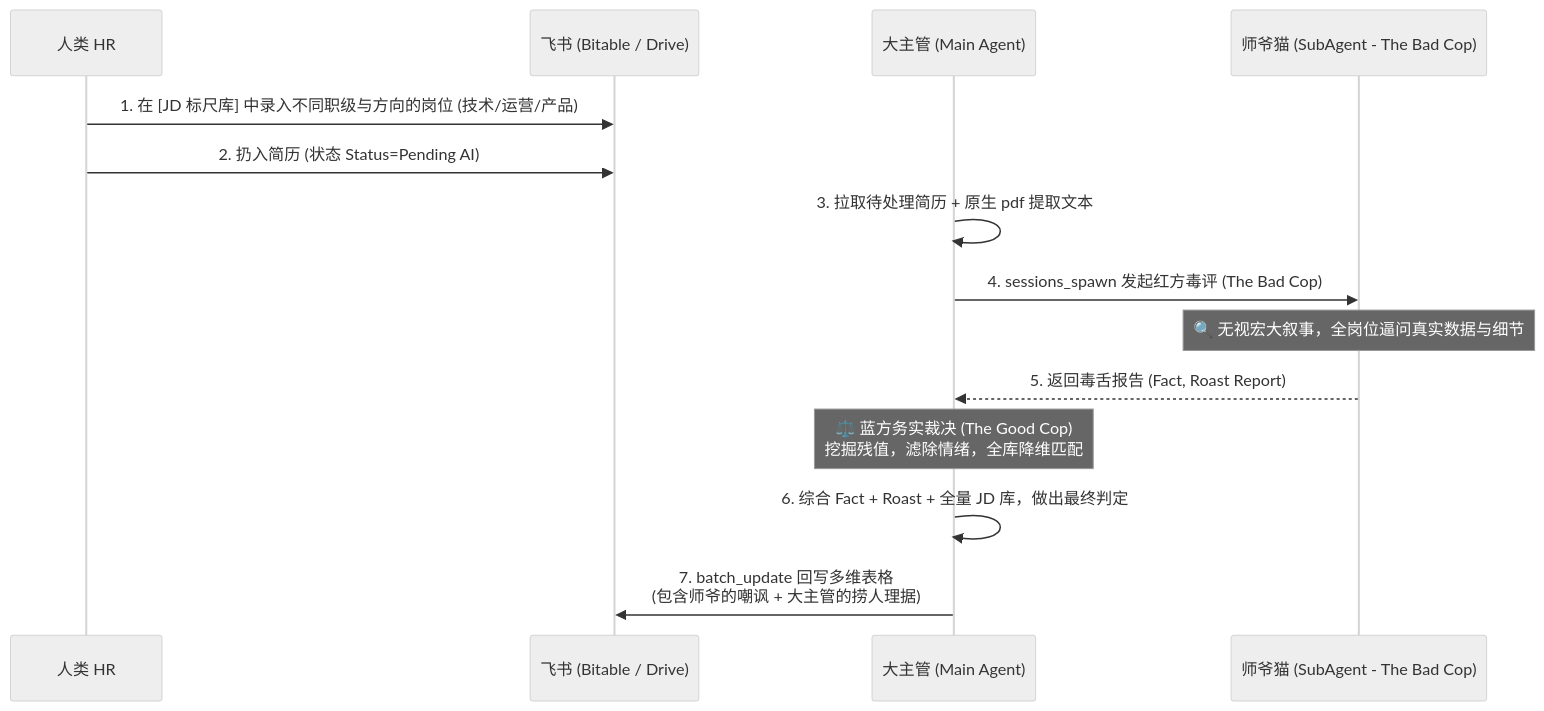
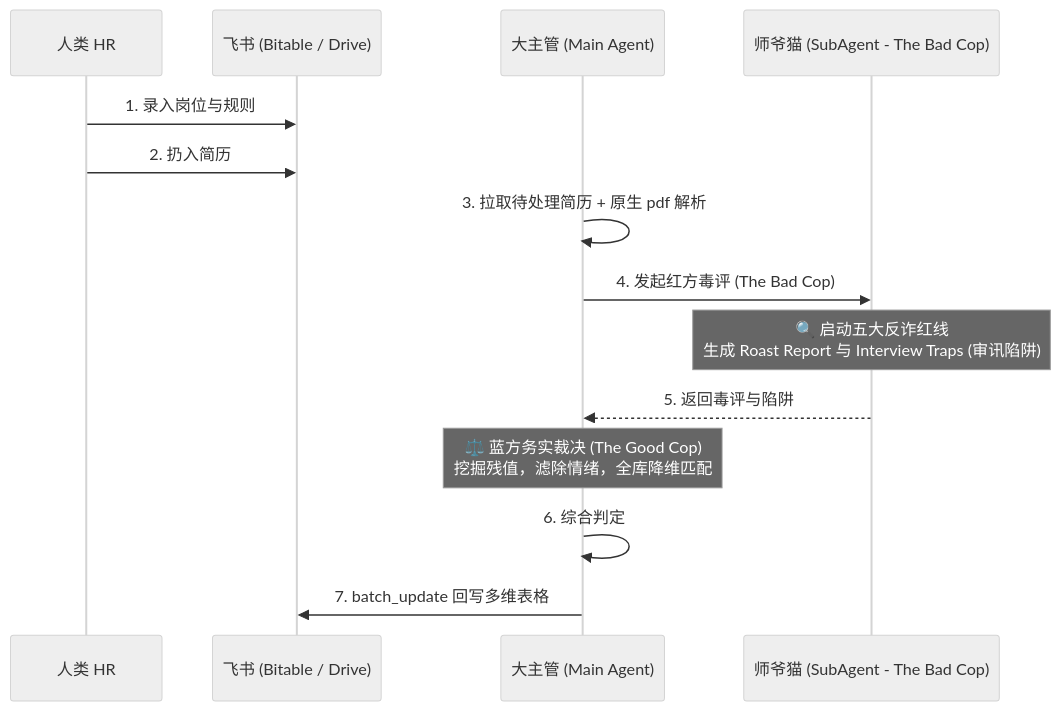
The diagram in feishu-intelligent-recruitment/SKILL.md (RedMogu/skills), drawn with Mermaid (neutral theme) before and after one commit. The commit also changed other lines of this file and 2 other files, not shown here.

Commit message:
feat: upgrade to V3.2 with 5 Anti-Fraud Red Lines and Interview Trap Generator from Advisor Cat

````diff
--- a/feishu-intelligent-recruitment/SKILL.md
+++ b/feishu-intelligent-recruitment/SKILL.md
@@ -78,21 +81,21 @@
 ```mermaid
 sequenceDiagram
     participant HR as 人类 HR
     participant Feishu as 飞书 (Bitable / Drive)
     participant Main as 大主管 (Main Agent)
     participant SubAgent as 师爷猫 (SubAgent - The Bad Cop)
 
-    HR->>Feishu: 1. 在 [JD 标尺库] 中录入不同职级与方向的岗位 (技术/运营/产品)
-    HR->>Feishu: 2. 扔入简历 (状态 Status=Pending AI)
+    HR->>Feishu: 1. 录入岗位与规则
+    HR->>Feishu: 2. 扔入简历
     
-    Main->>Main: 3. 拉取待处理简历 + 原生 pdf 提取文本
-    Main->>SubAgent: 4. sessions_spawn 发起红方毒评 (The Bad Cop)
+    Main->>Main: 3. 拉取待处理简历 + 原生 pdf 解析
+    Main->>SubAgent: 4. 发起红方毒评 (The Bad Cop)
     
-    Note over SubAgent: 🔍 无视宏大叙事，全岗位逼问真实数据与细节
-    SubAgent-->>Main: 5. 返回毒舌报告 (Fact, Roast Report)
+    Note over SubAgent: 🔍 启动五大反诈红线<br/>生成 Roast Report 与 Interview Traps (审讯陷阱)
+    SubAgent-->>Main: 5. 返回毒评与陷阱
     
     Note over Main: ⚖️ 蓝方务实裁决 (The Good Cop)<br/>挖掘残值，滤除情绪，全库降维匹配
-    Main->>Main: 6. 综合 Fact + Roast + 全量 JD 库，做出最终判定
+    Main->>Main: 6. 综合判定
     
-    Main->>Feishu: 7. batch_update 回写多维表格<br/>(包含师爷的嘲讽 + 大主管的捞人理据)
+    Main->>Feishu: 7. batch_update 回写多维表格
 ```
````
